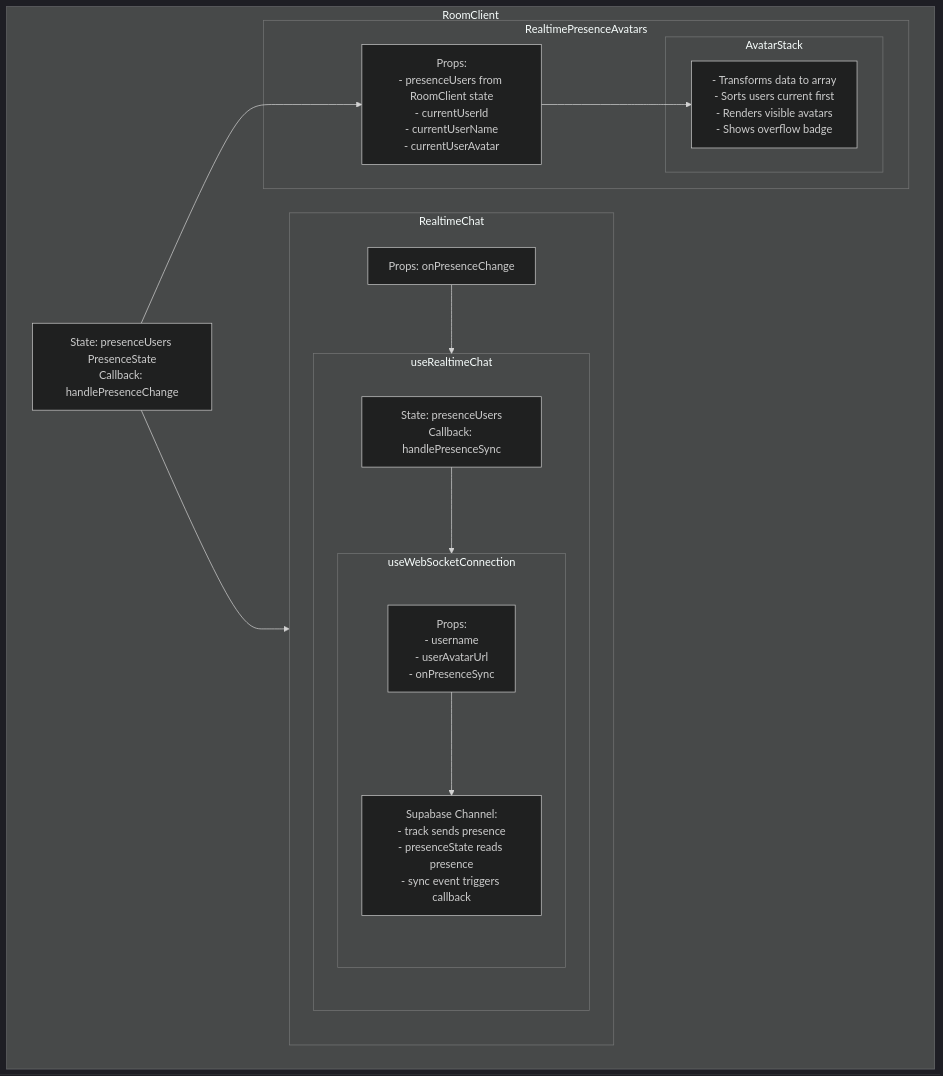
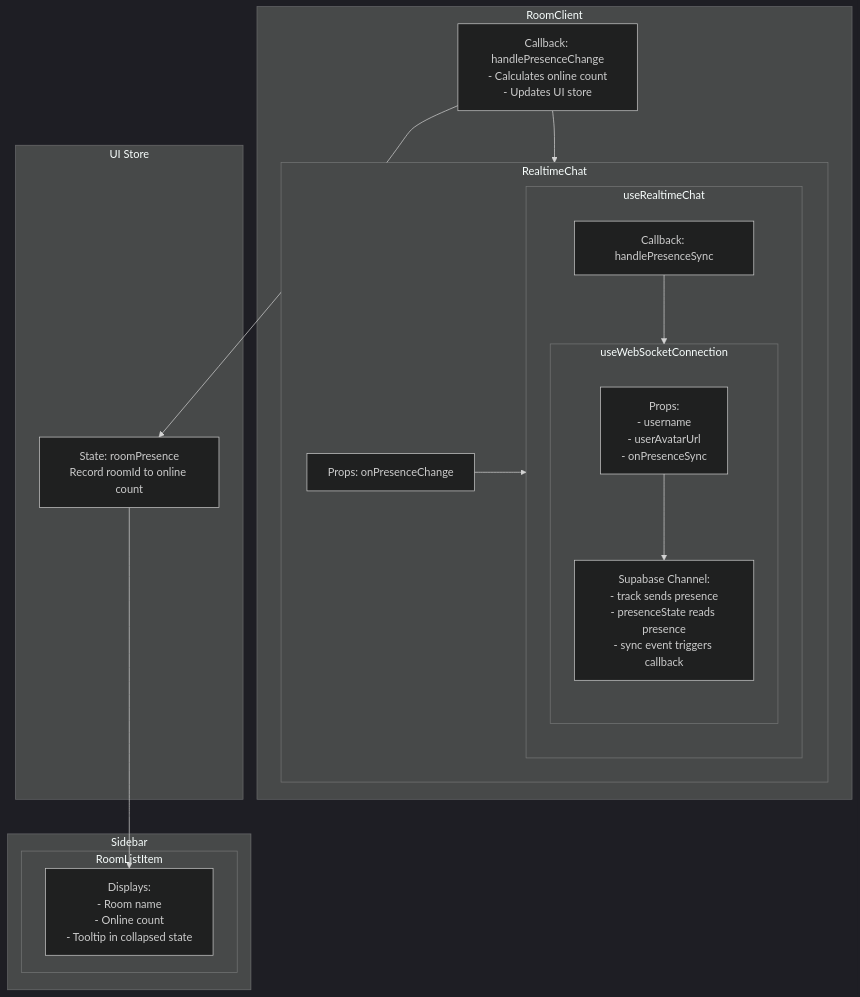
One commit to jtclarkjr/realtime-chat-react changed the fourth of 5 diagrams in docs/user-presence-system.md. Above: the diagram before and after it, drawn with Mermaid (dark theme). The commit also changed other lines of this file and 15 other files, not shown here.

````diff
--- a/docs/user-presence-system.md
+++ b/docs/user-presence-system.md
@@ -126,34 +131,36 @@
 ```mermaid
 flowchart TB
     subgraph RC[RoomClient]
-        RC_State[State: presenceUsers PresenceState<br/>Callback: handlePresenceChange]
+        RC_Callback[Callback: handlePresenceChange<br/>- Calculates online count<br/>- Updates UI store]
 
         subgraph RTC[RealtimeChat]
             RTC_Props[Props: onPresenceChange]
 
             subgraph URC[useRealtimeChat]
-                URC_State[State: presenceUsers<br/>Callback: handlePresenceSync]
+                URC_State[Callback: handlePresenceSync]
 
                 subgraph UWS[useWebSocketConnection]
                     UWS_Props[Props:<br/>- username<br/>- userAvatarUrl<br/>- onPresenceSync]
                     UWS_Channel[Supabase Channel:<br/>- track sends presence<br/>- presenceState reads presence<br/>- sync event triggers callback]
                 end
             end
         end
+    end
 
-        subgraph RPA[RealtimePresenceAvatars]
-            RPA_Props[Props:<br/>- presenceUsers from RoomClient state<br/>- currentUserId<br/>- currentUserName<br/>- currentUserAvatar]
+    subgraph UIS[UI Store]
+        UIS_State[State: roomPresence<br/>Record roomId to online count]
+    end
 
-            subgraph AS[AvatarStack]
-                AS_Logic[- Transforms data to array<br/>- Sorts users current first<br/>- Renders visible avatars<br/>- Shows overflow badge]
-            end
+    subgraph SB[Sidebar]
+        subgraph RLI[RoomListItem]
+            RLI_Display[Displays:<br/>- Room name<br/>- Online count<br/>- Tooltip in collapsed state]
         end
     end
 
     UWS_Props --> UWS_Channel
     URC_State --> UWS
     RTC_Props --> URC
-    RC_State --> RTC
-    RC_State --> RPA_Props
-    RPA_Props --> AS_Logic
+    RC_Callback --> RTC
+    RC_Callback --> UIS_State
+    UIS_State --> RLI_Display
 ```
````
